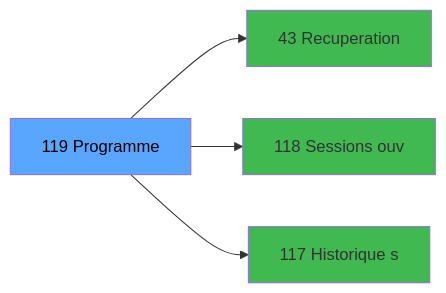
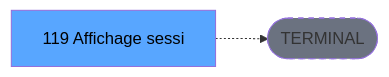
The third of 3 diagrams in .openspec/specs/ADH-IDE-119.md (thonyAGP/lecteur-magic), drawn with Mermaid before and after one commit. The commit also changed other lines of this file and 701 other files, not shown here.

````diff
--- a/.openspec/specs/ADH-IDE-119.md
+++ b/.openspec/specs/ADH-IDE-119.md
@@ -146,14 +138,8 @@
 ```mermaid
 graph LR
-    T[119 Programme]
-    C43[43 Recuperation]
-    T --> C43
-    C118[118 Sessions ouv]
-    T --> C118
-    C117[117 Historique s]
-    T --> C117
+    T[119 Affichage sessi]
+    TERM([TERMINAL])
+    T -.-> TERM
+    style TERM fill:#6b7280,stroke-dasharray: 5 5
     style T fill:#58a6ff,color:#000
-    style C43 fill:#3fb950
-    style C118 fill:#3fb950
-    style C117 fill:#3fb950
 ```
````
